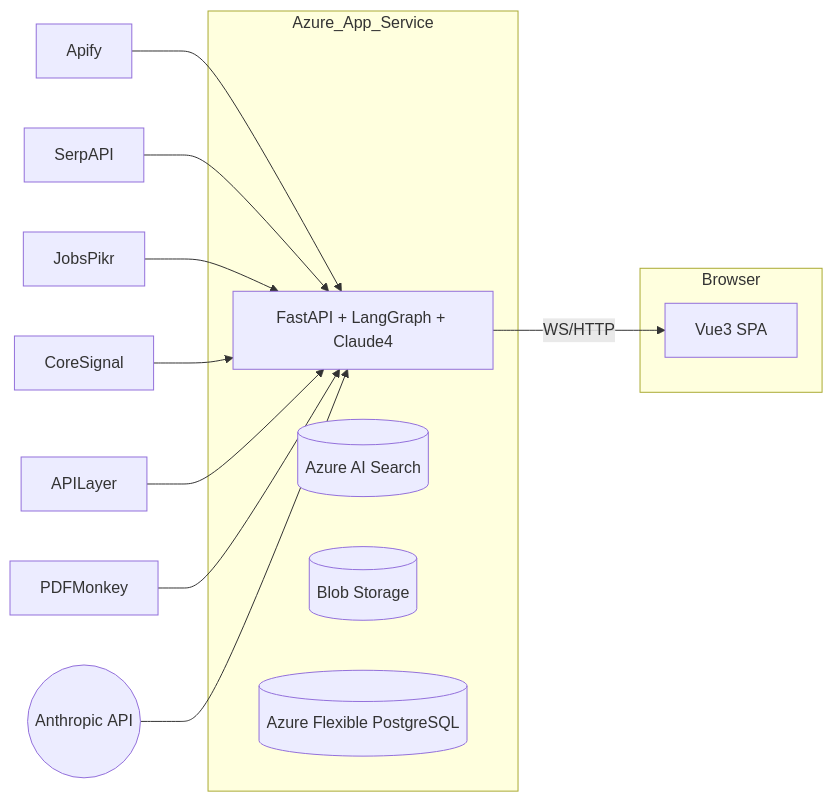
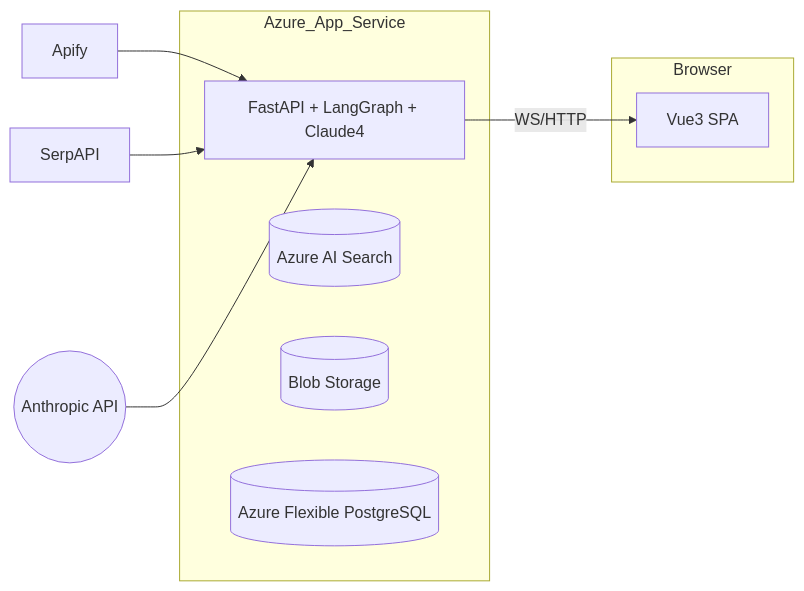
One commit to gufarui/JobCatcher changed the diagram in 开发文档.md. Above: the diagram before and after it, drawn with Mermaid. The commit also changed other lines of this file and 50689 other files, not shown here.

````diff
--- a/开发文档.md
+++ b/开发文档.md
@@ -28,19 +28,15 @@
 ```mermaid
 graph LR
     subgraph Browser
         FE[Vue3 SPA]
     end
     subgraph Azure_App_Service
         BE[FastAPI + LangGraph + Claude4]--WS/HTTP-->FE
         AzureSearch[(Azure AI Search)]
         Blob[(Blob Storage)]
-        Postgres[(Azure Flexible PostgreSQL)]
+        Postgres[(Azure Flexible PostgreSQL)]
     end
     Apify-->BE
     SerpAPI-->BE
-    JobsPikr-->BE
-    CoreSignal-->BE
-    APILayer-->BE
-    PDFMonkey-->BE
-    Claude4((Anthropic API))-->BE
+    Claude4((Anthropic API))-->BE
 ```
````
